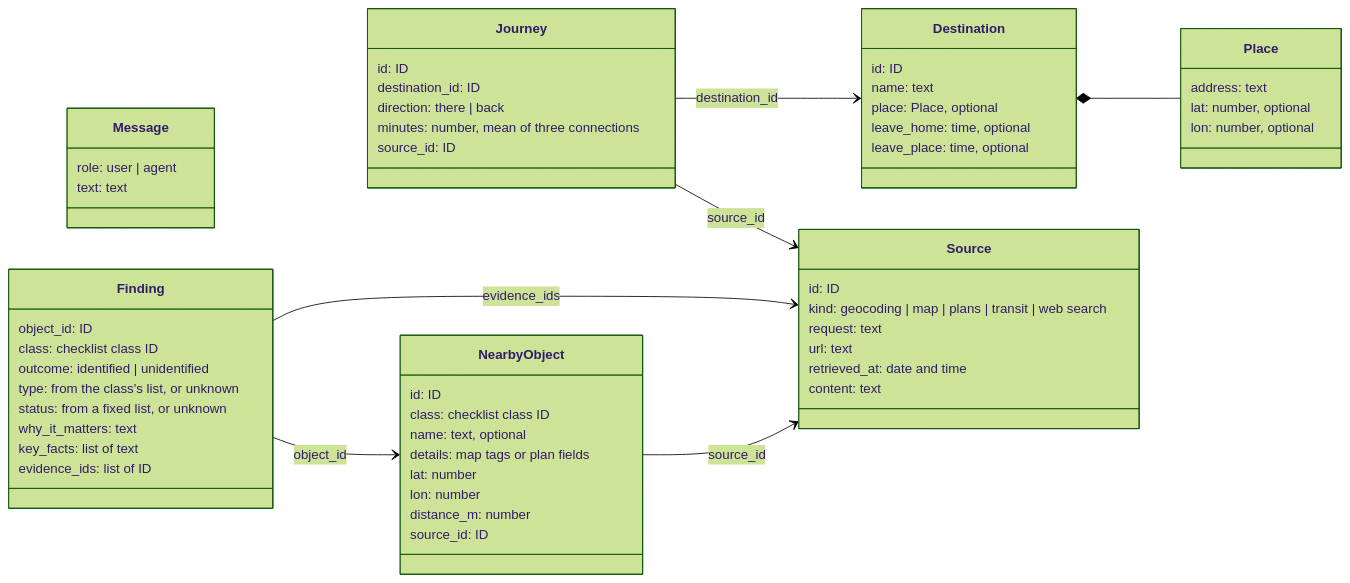
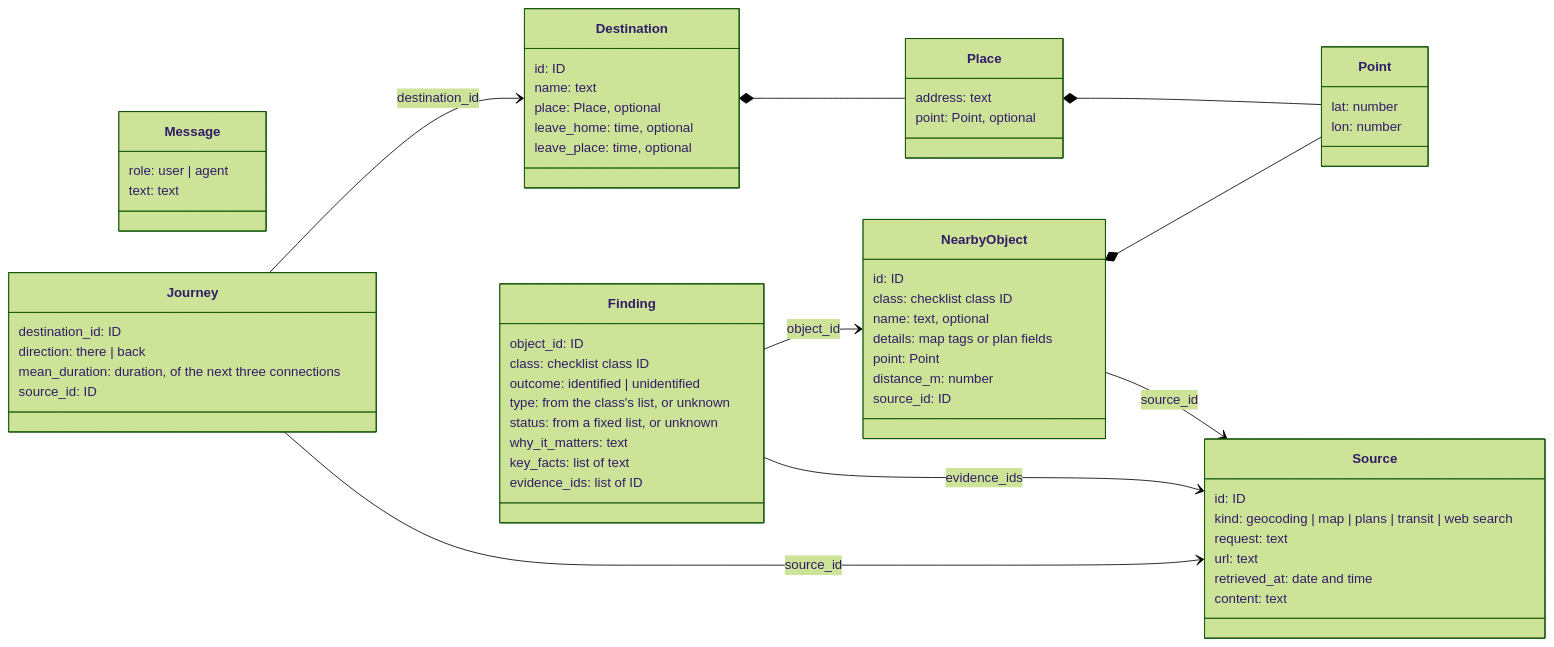
The second of 2 diagrams in docs/architecture.md (avashchenkov/out-of-frame), drawn with Mermaid (forest theme) before and after one commit. The commit also changed other lines of this file, not shown here.

Commit message:
docs: add a point type, a journey duration and an id rule to the state

````diff
--- a/docs/architecture.md
+++ b/docs/architecture.md
@@ -191,61 +197,64 @@
 ```mermaid
 classDiagram
     direction LR
     class Message {
         role: user | agent
         text: text
     }
     class Place {
         address: text
-        lat: number, optional
-        lon: number, optional
+        point: Point, optional
+    }
+    class Point {
+        lat: number
+        lon: number
     }
     class Destination {
         id: ID
         name: text
         place: Place, optional
         leave_home: time, optional
         leave_place: time, optional
     }
     class Source {
         id: ID
         kind: geocoding | map | plans | transit | web search
         request: text
         url: text
         retrieved_at: date and time
         content: text
     }
     class NearbyObject {
         id: ID
         class: checklist class ID
         name: text, optional
         details: map tags or plan fields
-        lat: number
-        lon: number
+        point: Point
         distance_m: number
         source_id: ID
     }
     class Finding {
         object_id: ID
         class: checklist class ID
         outcome: identified | unidentified
         type: from the class's list, or unknown
         status: from a fixed list, or unknown
         why_it_matters: text
         key_facts: list of text
         evidence_ids: list of ID
     }
     class Journey {
-        id: ID
         destination_id: ID
         direction: there | back
-        minutes: number, mean of three connections
+        mean_duration: duration, of the next three connections
         source_id: ID
     }
     Destination *-- Place
+    Place *-- Point
+    NearbyObject *-- Point
     NearbyObject --> Source : source_id
     Finding --> NearbyObject : object_id
     Finding --> Source : evidence_ids
     Journey --> Destination : destination_id
     Journey --> Source : source_id
 ```
````
